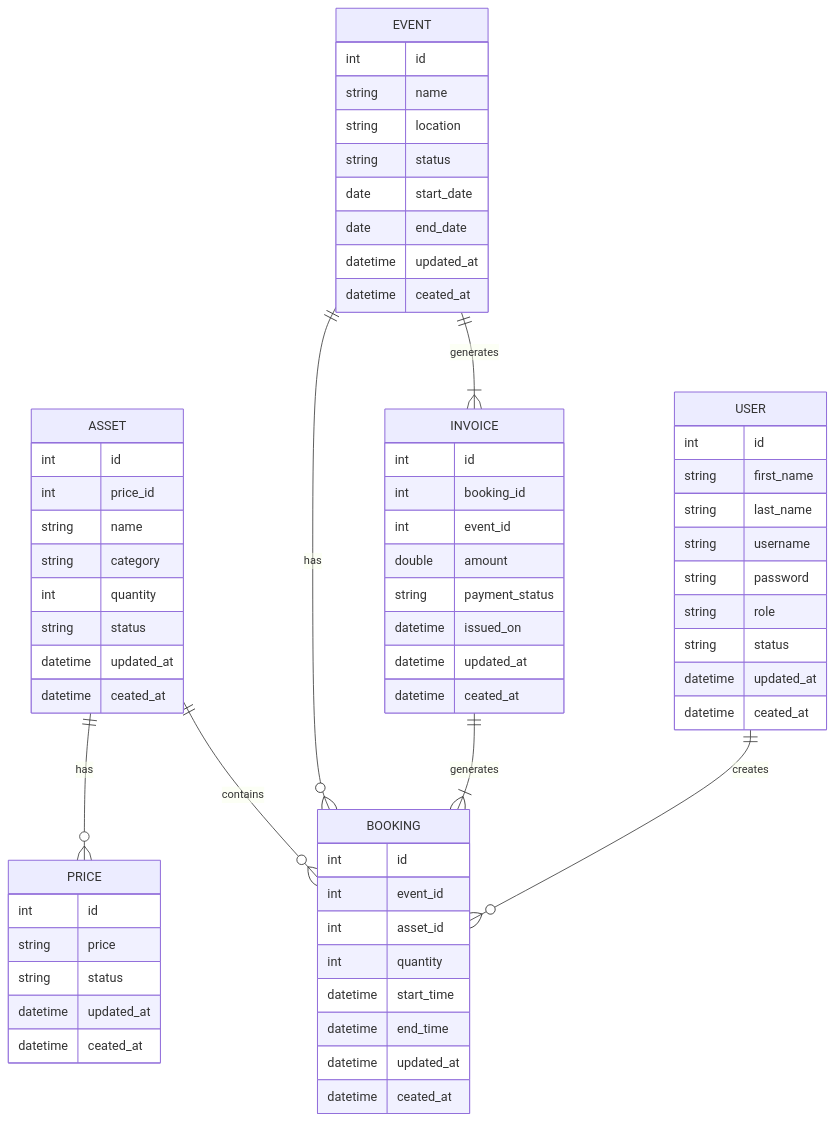
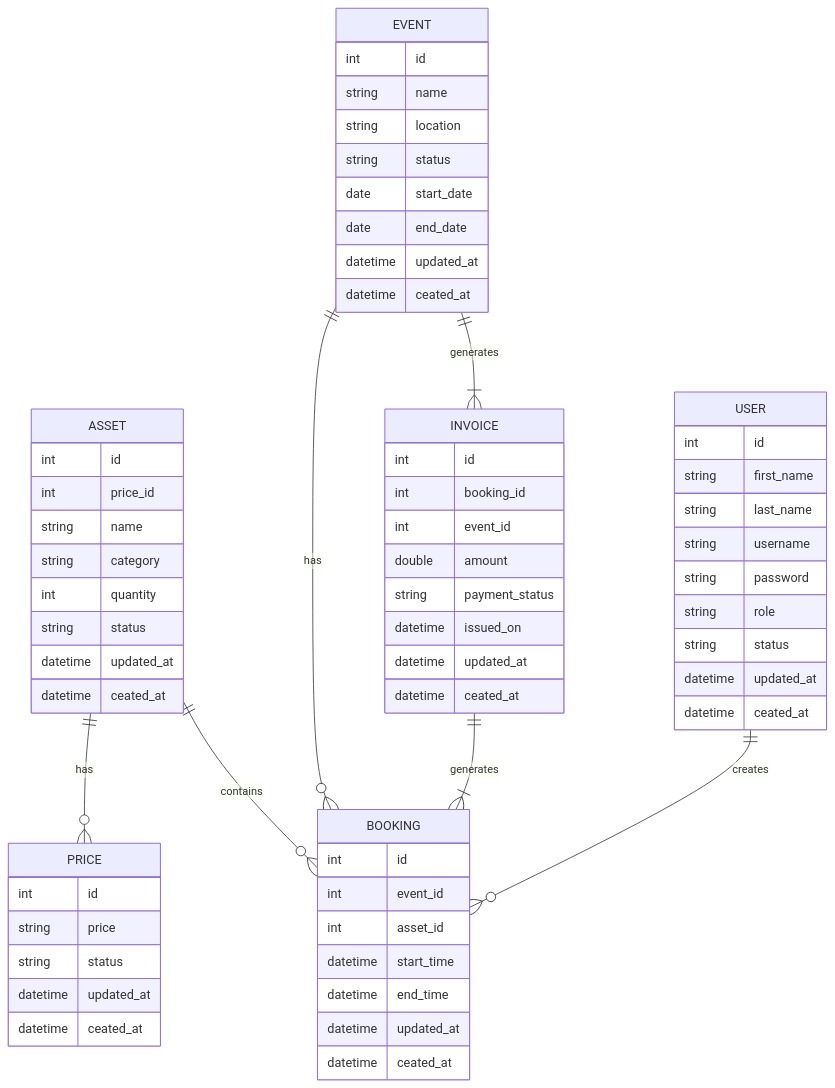
The first of 2 diagrams in README.md (wycliffepeart/event-scheduling-system), drawn with Mermaid before and after one commit. The commit also changed 14 other files, not shown here.

````diff
--- a/README.md
+++ b/README.md
@@ -108,73 +108,72 @@
 ```mermaid
 erDiagram
     USER {
         int id
         string first_name
         string last_name
         string username
         string password
         string role
         string status
         datetime updated_at
         datetime ceated_at
     }
 
     ASSET {
         int id
         int price_id
         string name
         string category
         int quantity
         string status
         datetime updated_at
         datetime ceated_at
     }
 
     PRICE {
         int id
         string price
         string status
         datetime updated_at
         datetime ceated_at
     }
 
     EVENT {
         int id
         string name
         string location
         string status
         date start_date
         date end_date
         datetime updated_at
         datetime ceated_at
     }
 
     BOOKING {
         int id
         int event_id
         int asset_id
-        int quantity
         datetime start_time
         datetime end_time
         datetime updated_at
         datetime ceated_at
     }
 
     INVOICE {
         int id
         int booking_id
         int event_id
         double amount
         string payment_status
         datetime issued_on
         datetime updated_at
         datetime ceated_at
     }
 
     ASSET ||--o{ BOOKING: "contains"
     EVENT ||--o{ BOOKING: "has"
     ASSET ||--o{ PRICE: "has"
     INVOICE ||--|{ BOOKING: "generates"
     EVENT ||--|{ INVOICE: "generates"
     USER ||--o{ BOOKING: "creates"
 ```
````
